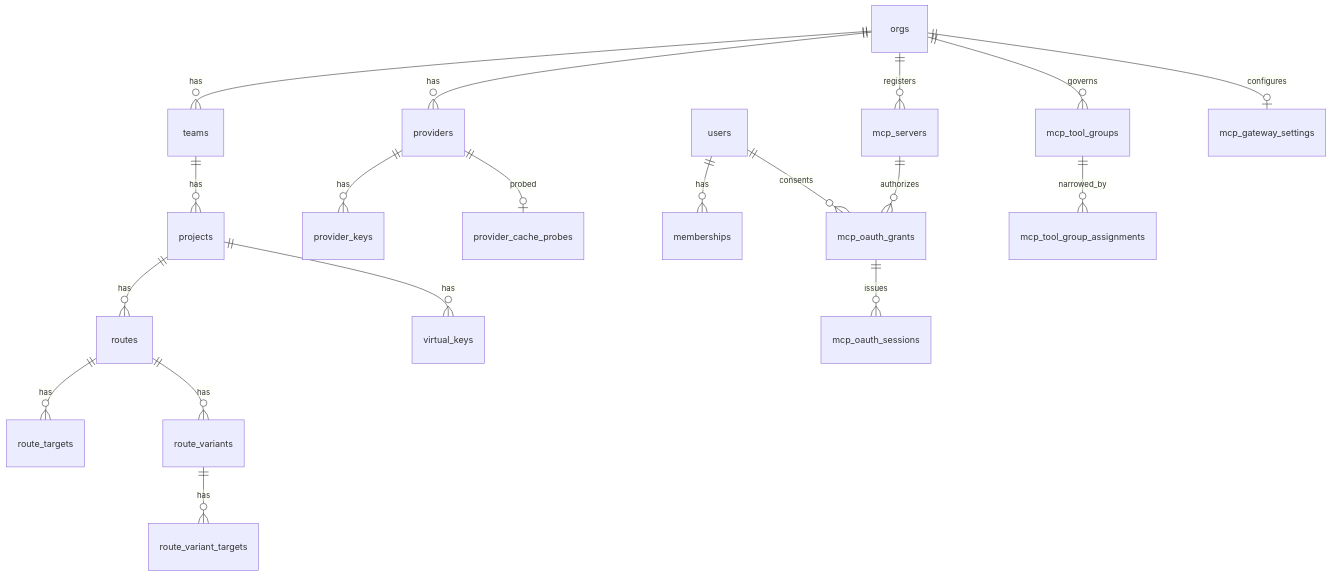
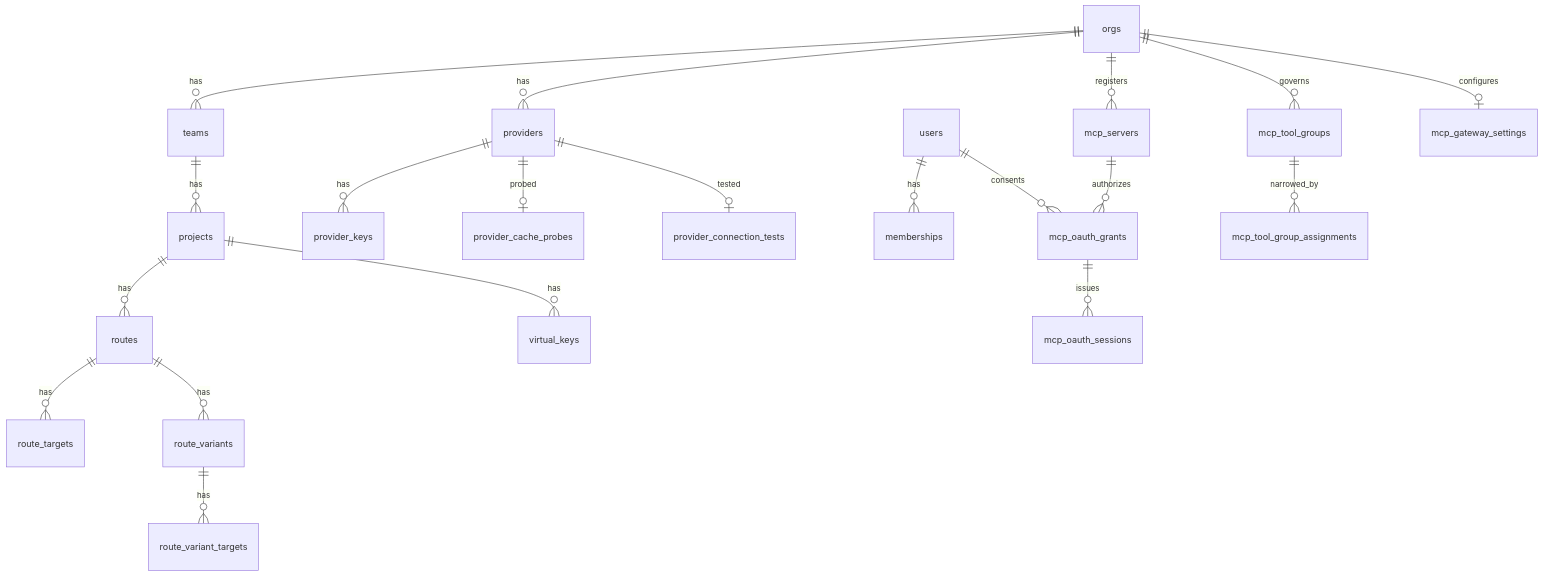
One commit to rolter-ai/rolter changed the diagram in docs/dev-docs/architecture/data-model.md. Above: the diagram before and after it, drawn with Mermaid. The commit also changed other lines of this file and 20 other files, not shown here.

First line of the commit message:
feat(control): keep each provider's last connection test and show it [#3649] (#3680)

````diff
--- a/docs/dev-docs/architecture/data-model.md
+++ b/docs/dev-docs/architecture/data-model.md
@@ -7,21 +7,22 @@
 ```mermaid
 erDiagram
   orgs ||--o{ teams : has
   teams ||--o{ projects : has
   projects ||--o{ routes : has
   routes ||--o{ route_targets : has
   routes ||--o{ route_variants : has
   route_variants ||--o{ route_variant_targets : has
   projects ||--o{ virtual_keys : has
   orgs ||--o{ providers : has
   providers ||--o{ provider_keys : has
   providers ||--o| provider_cache_probes : probed
+  providers ||--o| provider_connection_tests : tested
   users ||--o{ memberships : has
   orgs ||--o{ mcp_servers : registers
   users ||--o{ mcp_oauth_grants : consents
   mcp_servers ||--o{ mcp_oauth_grants : authorizes
   orgs ||--o{ mcp_tool_groups : governs
   mcp_tool_groups ||--o{ mcp_tool_group_assignments : narrowed_by
   orgs ||--o| mcp_gateway_settings : configures
   mcp_oauth_grants ||--o{ mcp_oauth_sessions : issues
 ```
````
